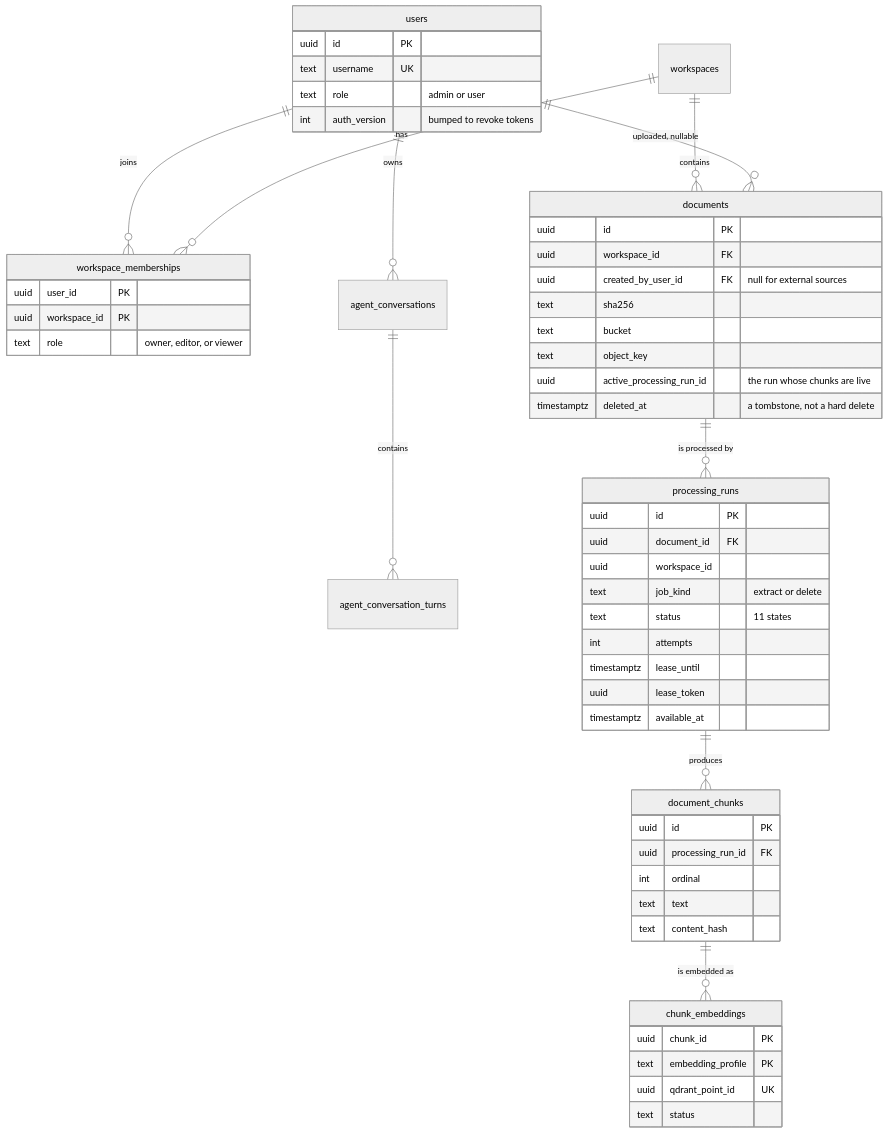
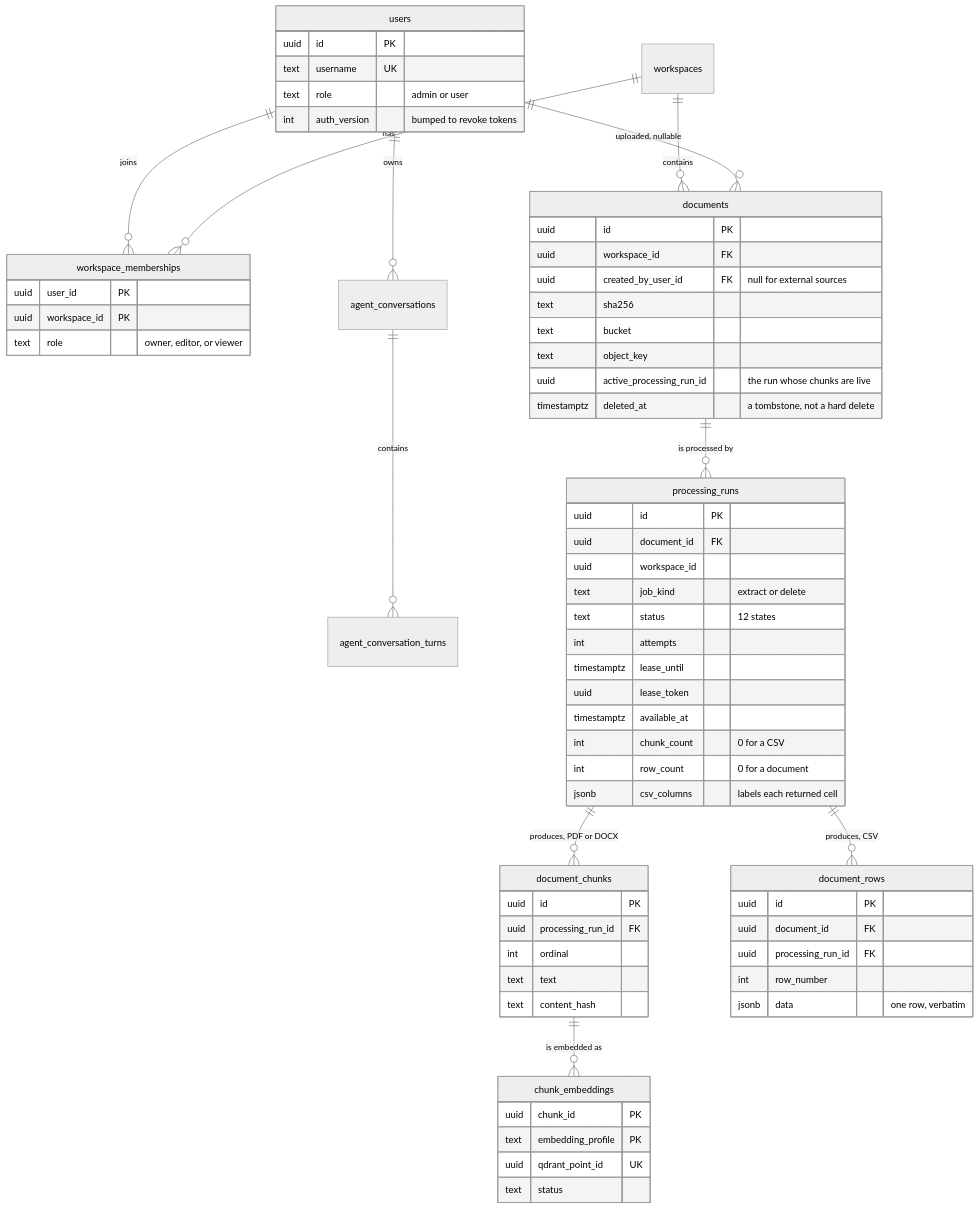
Before and after one commit to unedtamps/retriv: diagram 11 of 11 in README.md, drawn with Mermaid (neutral theme). The commit also changed other lines of this file and 26 other files, not shown here.

First line of the commit message:
feat: answer questions over CSV rows with SQL

````diff
--- a/README.md
+++ b/README.md
@@ -421,58 +570,69 @@
 ```mermaid
 erDiagram
     users ||--o{ workspace_memberships : "joins"
     workspaces ||--o{ workspace_memberships : "has"
     workspaces ||--o{ documents : "contains"
     users ||--o{ documents : "uploaded, nullable"
     users ||--o{ agent_conversations : "owns"
     agent_conversations ||--o{ agent_conversation_turns : "contains"
     documents ||--o{ processing_runs : "is processed by"
-    processing_runs ||--o{ document_chunks : "produces"
+    processing_runs ||--o{ document_chunks : "produces, PDF or DOCX"
+    processing_runs ||--o{ document_rows : "produces, CSV"
     document_chunks ||--o{ chunk_embeddings : "is embedded as"
 
     users {
         uuid id PK
         text username UK
         text role "admin or user"
         int auth_version "bumped to revoke tokens"
     }
     workspace_memberships {
         uuid user_id PK
         uuid workspace_id PK
         text role "owner, editor, or viewer"
     }
     documents {
         uuid id PK
         uuid workspace_id FK
         uuid created_by_user_id FK "null for external sources"
         text sha256
         text bucket
         text object_key
         uuid active_processing_run_id "the run whose chunks are live"
         timestamptz deleted_at "a tombstone, not a hard delete"
     }
     processing_runs {
         uuid id PK
         uuid document_id FK
         uuid workspace_id
         text job_kind "extract or delete"
-        text status "11 states"
+        text status "12 states"
         int attempts
         timestamptz lease_until
         uuid lease_token
         timestamptz available_at
+        int chunk_count "0 for a CSV"
+        int row_count "0 for a document"
+        jsonb csv_columns "labels each returned cell"
+    }
+    document_rows {
+        uuid id PK
+        uuid document_id FK
+        uuid processing_run_id FK
+        int row_number
+        jsonb data "one row, verbatim"
     }
     document_chunks {
         uuid id PK
         uuid processing_run_id FK
         int ordinal
         text text
         text content_hash
     }
     chunk_embeddings {
         uuid chunk_id PK
         text embedding_profile PK
         uuid qdrant_point_id UK
         text status
     }
 ```
````
